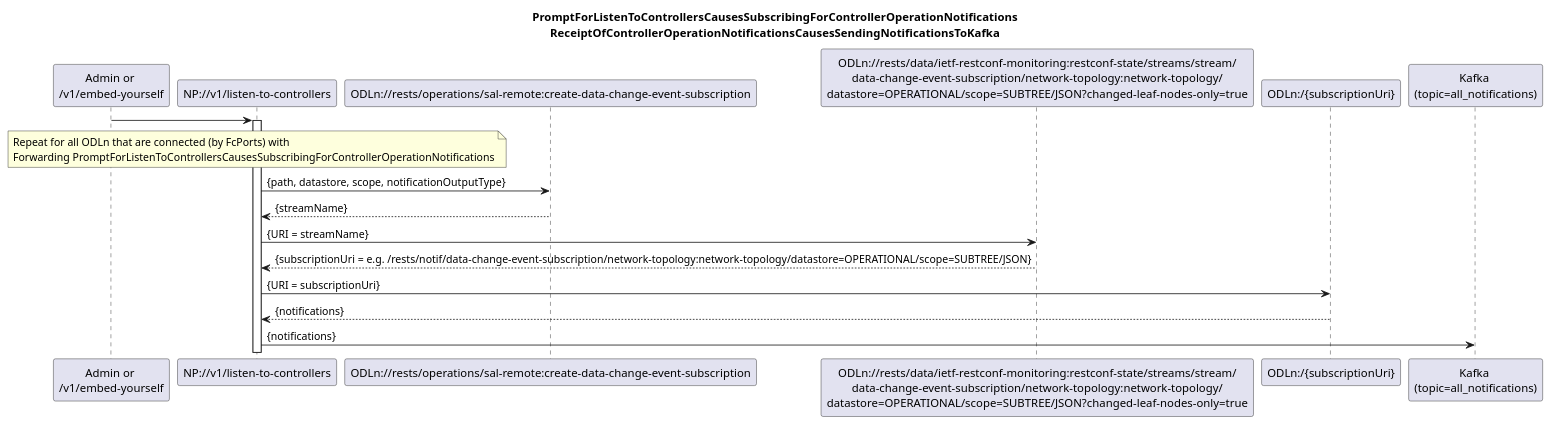
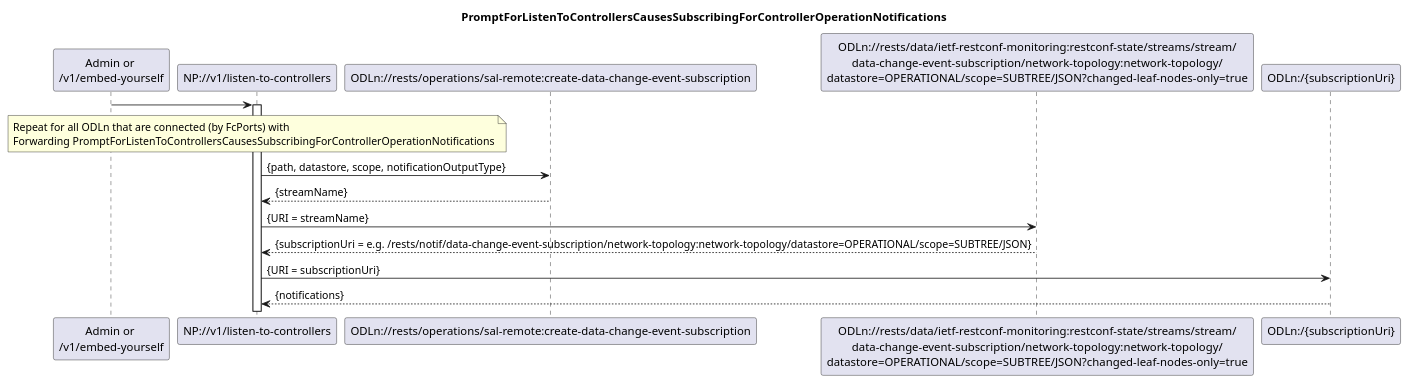
Before and after one commit to openBackhaul/NotificationProxy: the diagram in spec/diagrams/is003_SubscribingForControllerOperationNotifications.plantuml, drawn with PlantUML. The commit also changed 8 other files, not shown here.

```diff
--- a/spec/diagrams/is003_SubscribingForControllerOperationNotifications.plantuml
+++ b/spec/diagrams/is003_SubscribingForControllerOperationNotifications.plantuml
@@ -1,35 +1,32 @@
 @startuml is003_SubscribingForControllerOperationNotifications
 skinparam responseMessageBelowArrow true
 
 title
   PromptForListenToControllersCausesSubscribingForControllerOperationNotifications
-  ReceiptOfControllerOperationNotificationsCausesSendingNotificationsToKafka
 end title
 
 participant "Admin or \n/v1/embed-yourself" as Requestor
 participant "NP://v1/listen-to-controllers" as NP_listen
 participant "ODLn://rests/operations/sal-remote:create-data-change-event-subscription" as ODL_step1
 participant "ODLn://rests/data/ietf-restconf-monitoring:restconf-state/streams/stream/\ndata-change-event-subscription/network-topology:network-topology/\ndatastore=OPERATIONAL/scope=SUBTREE/JSON?changed-leaf-nodes-only=true" as ODL_step2
 participant "ODLn:/{subscriptionUri}" as ODL_step3
-participant "Kafka \n(topic=all_notifications)" as Kafka
 
 Requestor -> NP_listen
 activate NP_listen
 
 note over NP_listen
 Repeat for all ODLn that are connected (by FcPorts) with
 Forwarding PromptForListenToControllersCausesSubscribingForControllerOperationNotifications
 end note
 
 NP_listen -> ODL_step1: {path, datastore, scope, notificationOutputType}
 ODL_step1 --> NP_listen: {streamName}
 
 NP_listen -> ODL_step2: {URI = streamName}
 ODL_step2 --> NP_listen: {subscriptionUri = e.g. /rests/notif/data-change-event-subscription/network-topology:network-topology/datastore=OPERATIONAL/scope=SUBTREE/JSON}
 
 NP_listen -> ODL_step3: {URI = subscriptionUri}
 ODL_step3 --> NP_listen: {notifications}
 
-NP_listen -> Kafka: {notifications}
 
 @enduml
```
